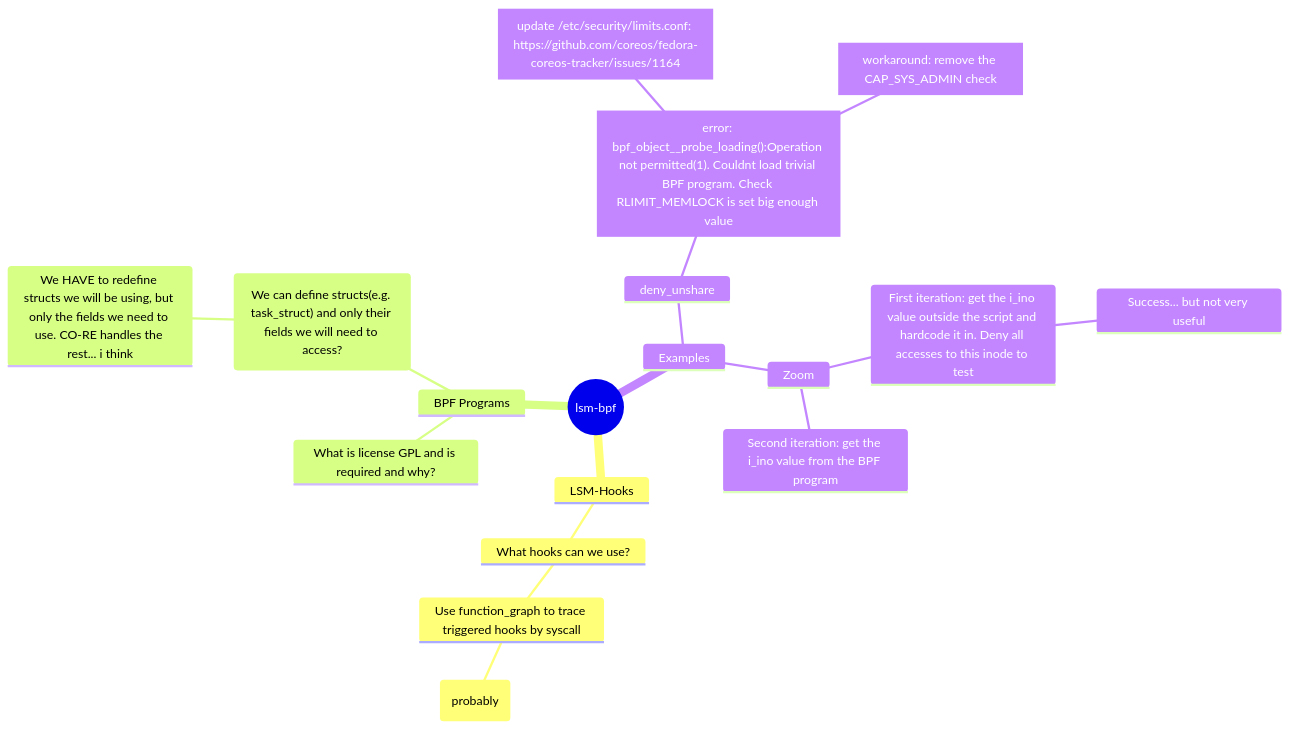
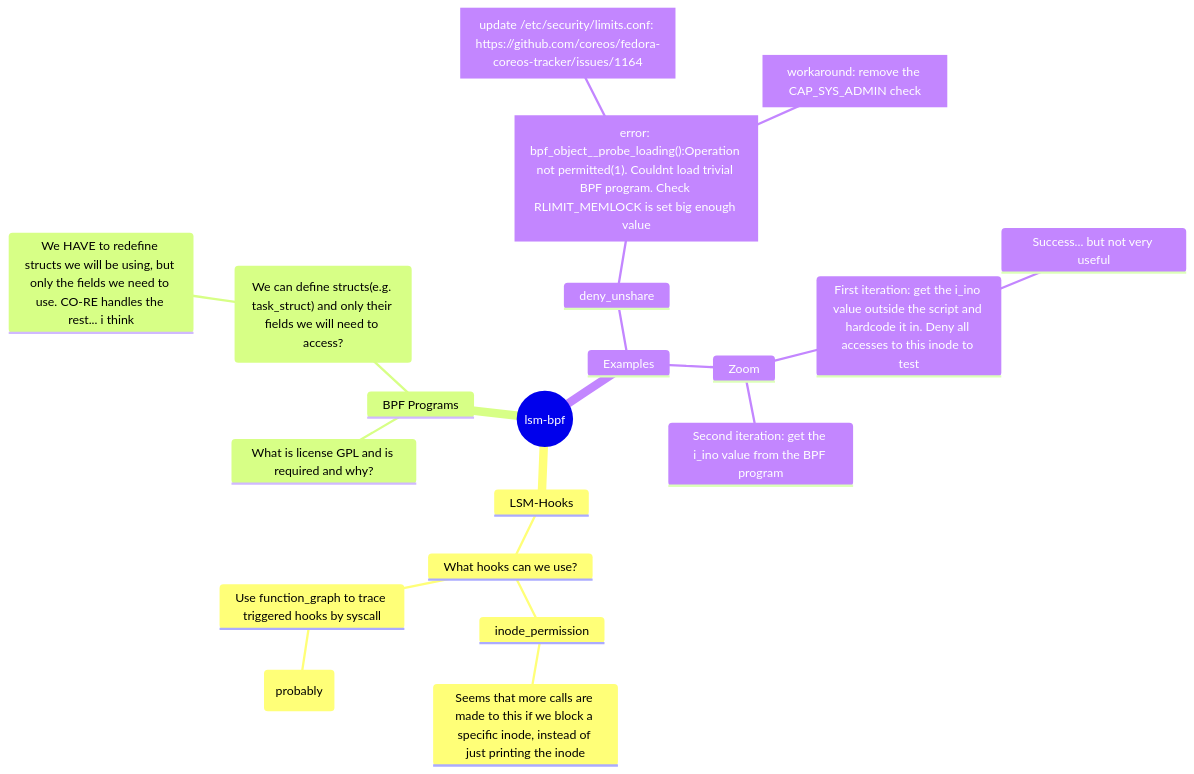
The diagram in Questions:.md (Turbodunker/lsm-bpf), drawn with Mermaid before and after one commit.

Commit message:
Updated Questions: (markdown)

````diff
--- a/Questions:.md
+++ b/Questions:.md
@@ -17,22 +17,24 @@
 ``` mermaid
     mindmap
         root((lsm-bpf))
             LSM-Hooks
                 What hooks can we use?
+                    inode_permission
+                        Seems that more calls are made to this if we block a specific inode, instead of just printing the inode
                     Use function_graph to trace triggered hooks by syscall
                         Are events/hook order subject to race-conditions?(probably)
             BPF Programs
                 What is license GPL and is required and why?
                 ("We can define structs(e.g. task_struct) and only their fields we will need to access?")
                     We HAVE to redefine structs we will be using, but only the fields we need to use. CO-RE handles the rest... i think
             Examples
                 deny_unshare
                     id1["error: bpf_object__probe_loading():Operation not permitted(1). Couldnt load trivial BPF program. Check RLIMIT_MEMLOCK is set big enough value"]
                         id2["update /etc/security/limits.conf: https://github.com/coreos/fedora-coreos-tracker/issues/1164"]
                         workaround["workaround: remove the CAP_SYS_ADMIN check"]
                 Zoom
                     First iteration: get the i_ino value outside the script and hardcode it in. Deny all accesses to this inode to test
                         Success... but not very useful
                     Second iteration: get the i_ino value from the BPF program
 
 ```
````
